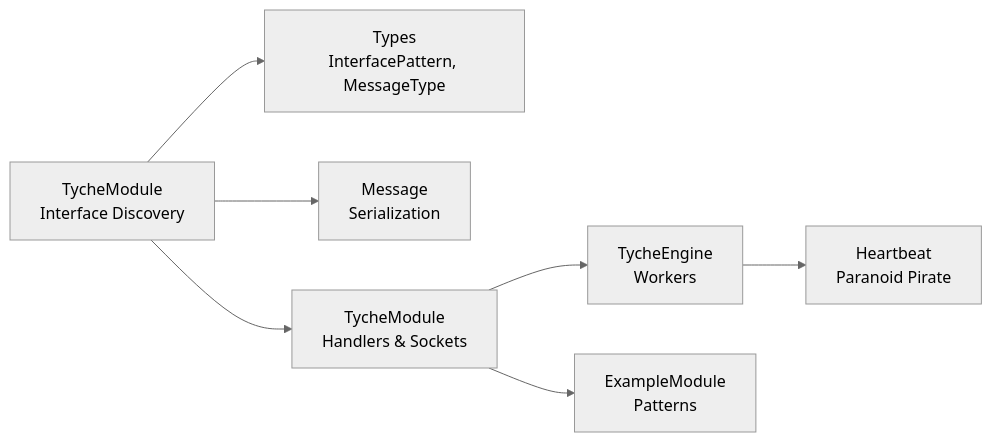
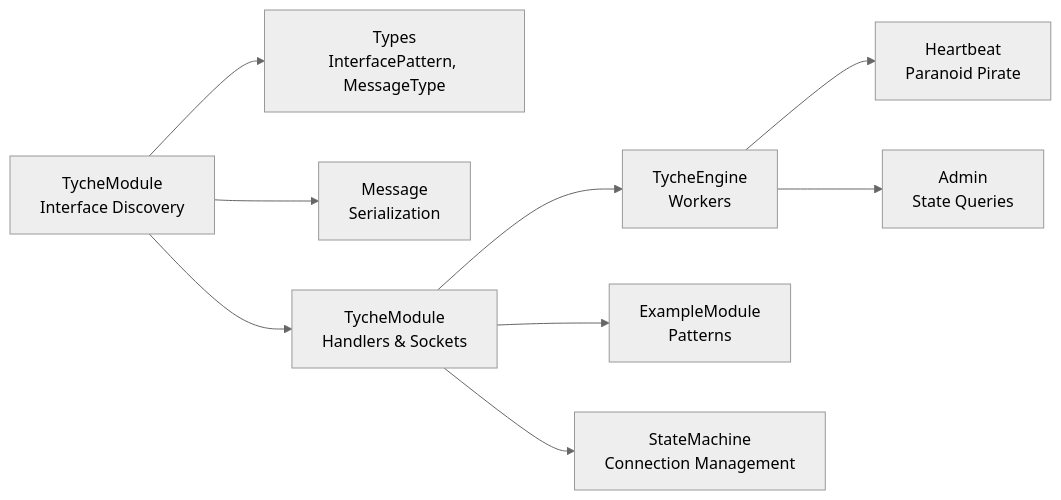
The eighth of 8 diagrams in .qoder/repowiki/en/content/Communication Patterns/Communication Patterns.md (zt281/TycheEngine), drawn with Mermaid (neutral theme) before and after one commit. The commit also changed other lines of this file and 34 other files, not shown here.

````diff
--- a/.qoder/repowiki/en/content/Communication Patterns/Communication Patterns.md
+++ b/.qoder/repowiki/en/content/Communication Patterns/Communication Patterns.md
@@ -373,9 +449,11 @@
 ```mermaid
 graph LR
 MB["TycheModule<br/>Interface Discovery"] --> TP["Types<br/>InterfacePattern, MessageType"]
 MB --> MSG["Message<br/>Serialization"]
 MB --> MOD["TycheModule<br/>Handlers & Sockets"]
 MOD --> ENG["TycheEngine<br/>Workers"]
 ENG --> HB["Heartbeat<br/>Paranoid Pirate"]
+ENG --> ADMIN["Admin<br/>State Queries"]
 MOD --> EX["ExampleModule<br/>Patterns"]
+MOD --> SM["StateMachine<br/>Connection Management"]
 ```
````
